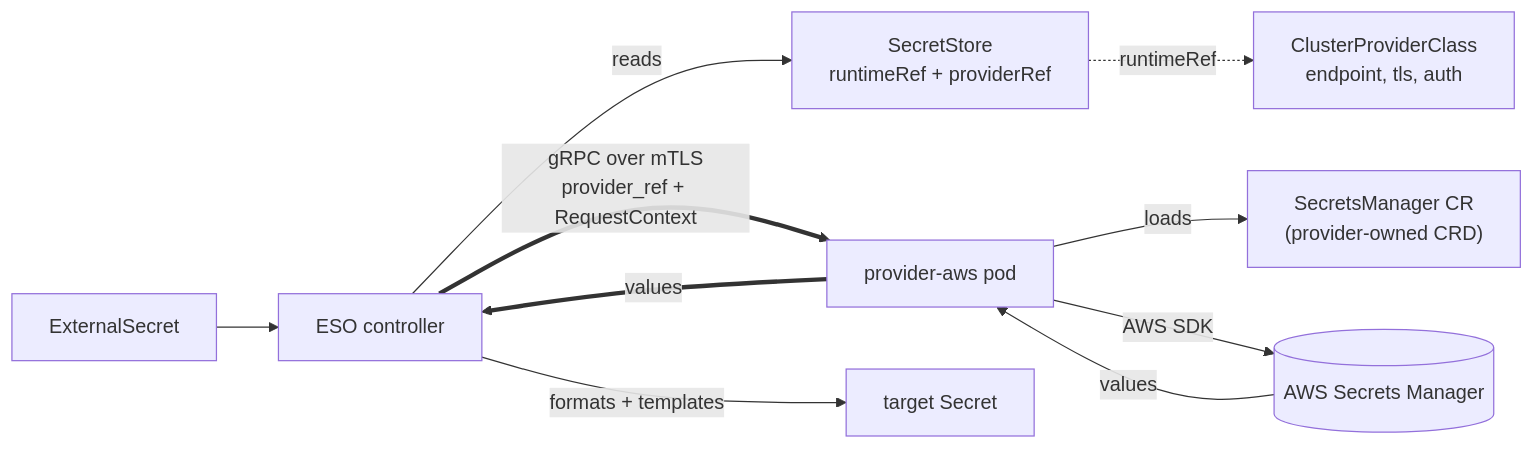
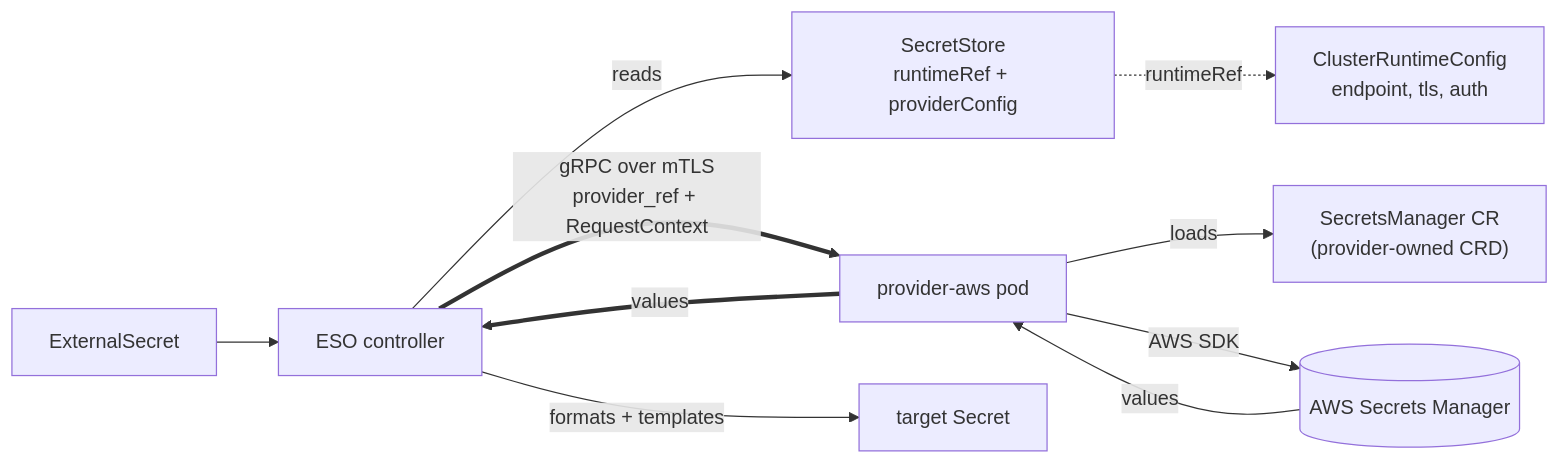
Before and after one commit to external-secrets/external-secrets: the second of 3 diagrams in design/014/SUMMARY.md, drawn with Mermaid. The commit also changed other lines of this file and 5 other files, not shown here.

````diff
--- a/design/014/SUMMARY.md
+++ b/design/014/SUMMARY.md
@@ -42,12 +42,12 @@
 ```mermaid
 flowchart LR
   ES["ExternalSecret"] --> CORE["ESO controller"]
-  CORE -- "reads" --> SS["SecretStore<br/>runtimeRef + providerRef"]
-  SS -. "runtimeRef" .-> PC["ClusterProviderClass<br/>endpoint, tls, auth"]
+  CORE -- "reads" --> SS["SecretStore<br/>runtimeRef + providerConfig"]
+  SS -. "runtimeRef" .-> PC["ClusterRuntimeConfig<br/>endpoint, tls, auth"]
   CORE == "gRPC over mTLS<br/>provider_ref + RequestContext" ==> PROV["provider-aws pod"]
   PROV -- "loads" --> CR["SecretsManager CR<br/>(provider-owned CRD)"]
   PROV -- "AWS SDK" --> AWS[("AWS Secrets Manager")]
   AWS -- "values" --> PROV
   PROV == "values" ==> CORE
   CORE -- "formats + templates" --> TGT["target Secret"]
 ```
````
